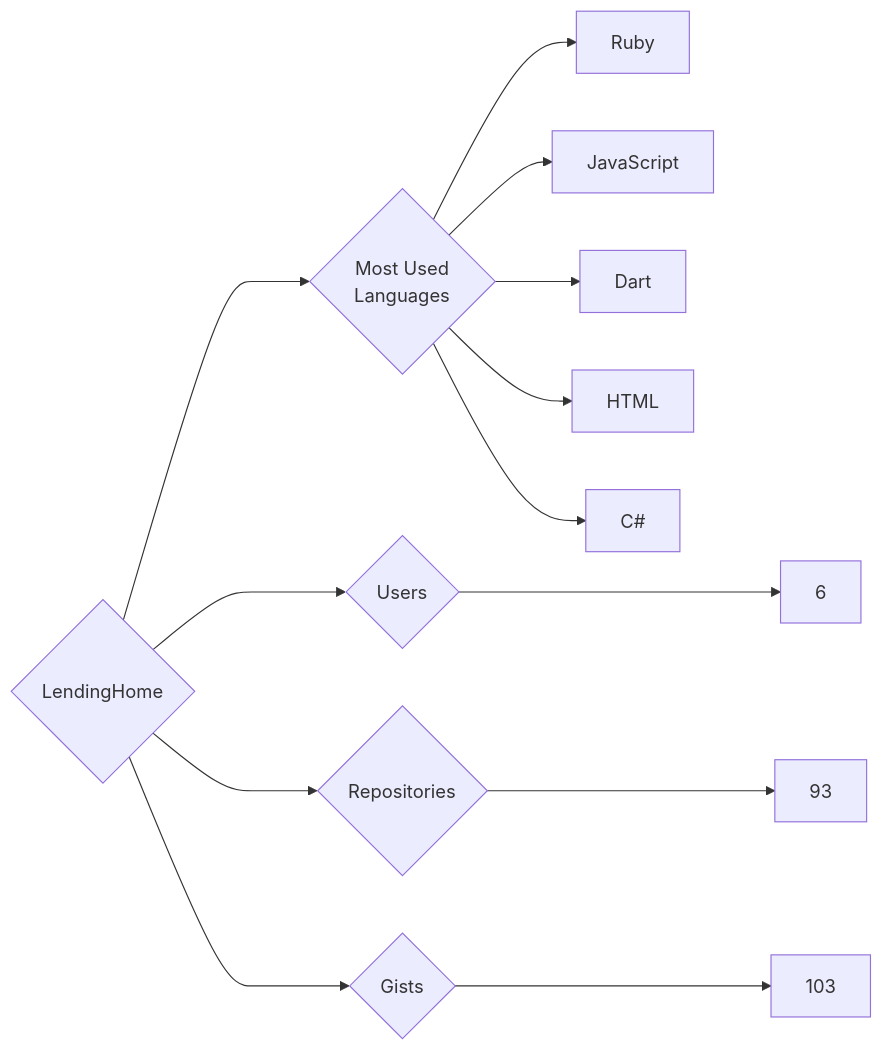
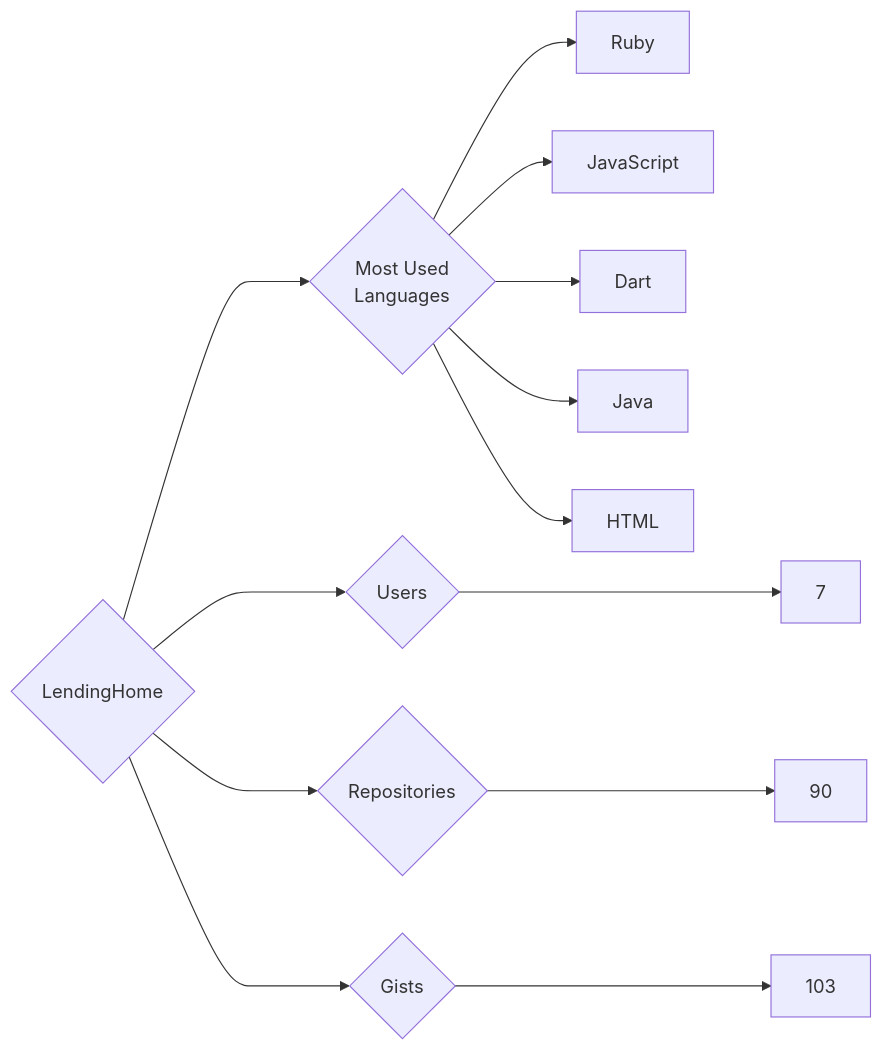
Before and after one commit to trickest/insiders: the diagram in targets/LendingHome/README.md, drawn with Mermaid. The commit also changed 757 other files, not shown here.

````diff
--- a/targets/LendingHome/README.md
+++ b/targets/LendingHome/README.md
@@ -3,13 +3,13 @@
 ```mermaid
 graph LR
 COMPANY_NAME{LendingHome}
-COMPANY_NAME ---> U{Users} ---> UN[6]
-COMPANY_NAME ---> R{Repositories} ---> RN[93]
+COMPANY_NAME ---> U{Users} ---> UN[7]
+COMPANY_NAME ---> R{Repositories} ---> RN[90]
 COMPANY_NAME ---> G{Gists} ---> GN[103]
 COMPANY_NAME ---> ML{Most Used<br>Languages}
 ML --> Ruby[Ruby]
 ML --> JavaScript[JavaScript]
 ML --> Dart[Dart]
+ML --> Java[Java]
 ML --> HTML[HTML]
-ML --> C#[C#]
 ```
````
